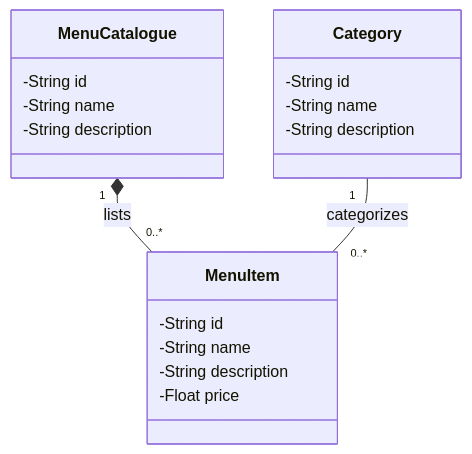
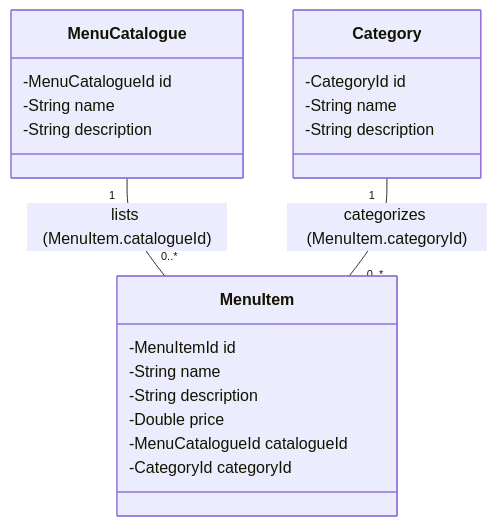
The diagram in docs/menu.mmd (zawnaylin/gisma-advance-programming-assessment), drawn with Mermaid before and after one commit. The commit also changed 173 other files, not shown here.

```diff
--- a/docs/menu.mmd
+++ b/docs/menu.mmd
@@ -1,20 +1,23 @@
 classDiagram
     class MenuCatalogue
-    MenuCatalogue: -String id
+    MenuCatalogue: -MenuCatalogueId id
     MenuCatalogue: -String name
     MenuCatalogue: -String description
-    MenuCatalogue "1" *-- "0..*" MenuItem: lists
+    MenuCatalogue "1" -- "0..*" MenuItem: lists (MenuItem.catalogueId)
 
     %% Category is reusable across catalogues (e.g. "Appetizers" on
     %% both a Breakfast and a Dinner catalogue) - not owned by one.
     class Category
-    Category: -String id
+    Category: -CategoryId id
     Category: -String name
     Category: -String description
-    Category "1" -- "0..*" MenuItem: categorizes
+    Category "1" -- "0..*" MenuItem: categorizes (MenuItem.categoryId)
 
+    %% Items reference their catalogue and category by id rather than being owned by them.
     class MenuItem
-    MenuItem: -String id
+    MenuItem: -MenuItemId id
     MenuItem: -String name
     MenuItem: -String description
-    MenuItem: -Float price
+    MenuItem: -Double price
+    MenuItem: -MenuCatalogueId catalogueId
+    MenuItem: -CategoryId categoryId
```
